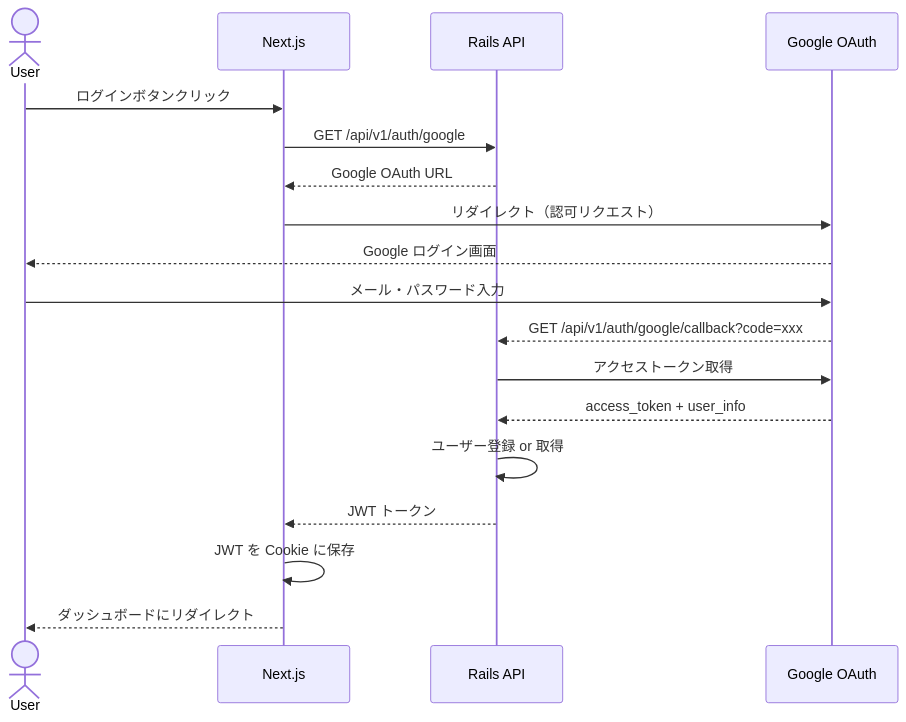
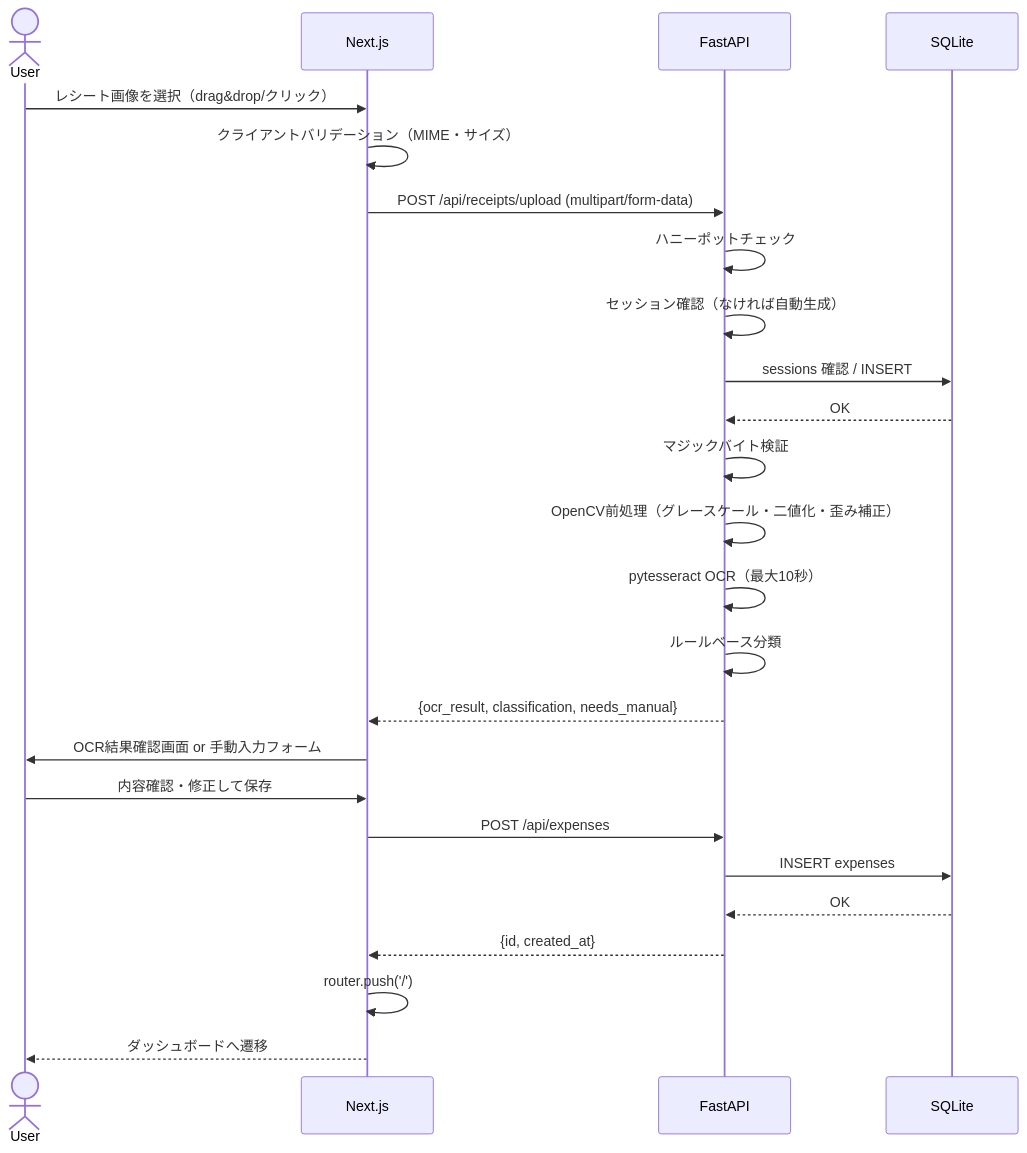
One commit to rictaworks/kakeibo-demo changed the first of 3 diagrams in SPEC/diagrams/sequence.md. Above: the diagram before and after it, drawn with Mermaid. The commit also changed other lines of this file and 10 other files, not shown here.

````diff
--- a/SPEC/diagrams/sequence.md
+++ b/SPEC/diagrams/sequence.md
@@ -7,21 +7,28 @@
 ```mermaid
 sequenceDiagram
     actor User
     participant Front as Next.js
-    participant API as Rails API
-    participant Google as Google OAuth
+    participant API as FastAPI
+    participant DB as SQLite
 
-    User->>Front: ログインボタンクリック
-    Front->>API: GET /api/v1/auth/google
-    API-->>Front: Google OAuth URL
-    Front->>Google: リダイレクト（認可リクエスト）
-    Google-->>User: Google ログイン画面
-    User->>Google: メール・パスワード入力
-    Google-->>API: GET /api/v1/auth/google/callback?code=xxx
-    API->>Google: アクセストークン取得
-    Google-->>API: access_token + user_info
-    API->>API: ユーザー登録 or 取得
-    API-->>Front: JWT トークン
-    Front->>Front: JWT を Cookie に保存
-    Front-->>User: ダッシュボードにリダイレクト
+    User->>Front: レシート画像を選択（drag&drop/クリック）
+    Front->>Front: クライアントバリデーション（MIME・サイズ）
+    Front->>API: POST /api/receipts/upload (multipart/form-data)
+    API->>API: ハニーポットチェック
+    API->>API: セッション確認（なければ自動生成）
+    API->>DB: sessions 確認 / INSERT
+    DB-->>API: OK
+    API->>API: マジックバイト検証
+    API->>API: OpenCV前処理（グレースケール・二値化・歪み補正）
+    API->>API: pytesseract OCR（最大10秒）
+    API->>API: ルールベース分類
+    API-->>Front: {ocr_result, classification, needs_manual}
+    Front->>User: OCR結果確認画面 or 手動入力フォーム
+    User->>Front: 内容確認・修正して保存
+    Front->>API: POST /api/expenses
+    API->>DB: INSERT expenses
+    DB-->>API: OK
+    API-->>Front: {id, created_at}
+    Front->>Front: router.push('/')
+    Front-->>User: ダッシュボードへ遷移
 ```
````
